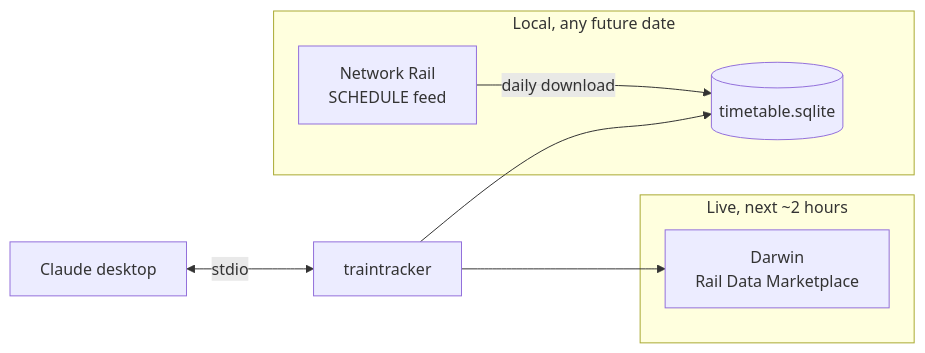
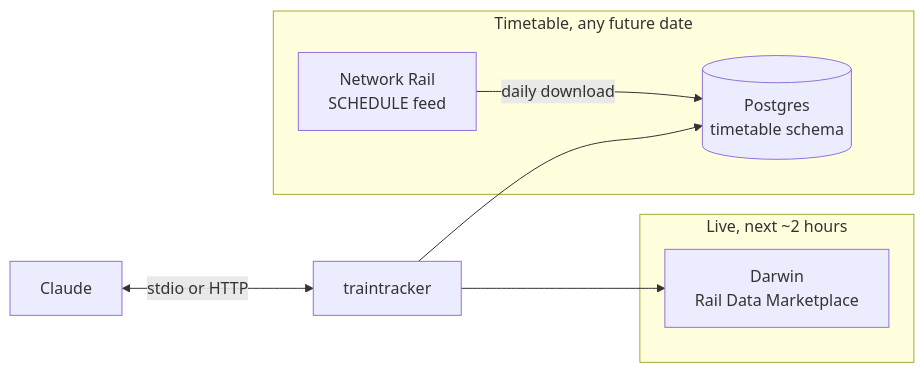
One commit to hugorodgerbrown/traintracker changed the first of 2 diagrams in README.md. Above: the diagram before and after it, drawn with Mermaid. The commit also changed other lines of this file and 18 other files, not shown here.

First line of the commit message:
Store the timetable in Postgres; add HTTP transport and Render Blueprint (#5)

````diff
--- a/README.md
+++ b/README.md
@@ -7,13 +7,13 @@
 ```mermaid
 flowchart LR
-    Claude[Claude desktop] <-->|stdio| TT[traintracker]
+    Claude[Claude] <-->|stdio or HTTP| TT[traintracker]
 
     subgraph Live["Live, next ~2 hours"]
         D[Darwin<br/>Rail Data Marketplace]
     end
-    subgraph Local["Local, any future date"]
-        NR[Network Rail<br/>SCHEDULE feed] -->|daily download| DB[(timetable.sqlite)]
+    subgraph Timetable["Timetable, any future date"]
+        NR[Network Rail<br/>SCHEDULE feed] -->|daily download| DB[(Postgres<br/>timetable schema)]
     end
     TT --> D
     TT --> DB
 ```
````
